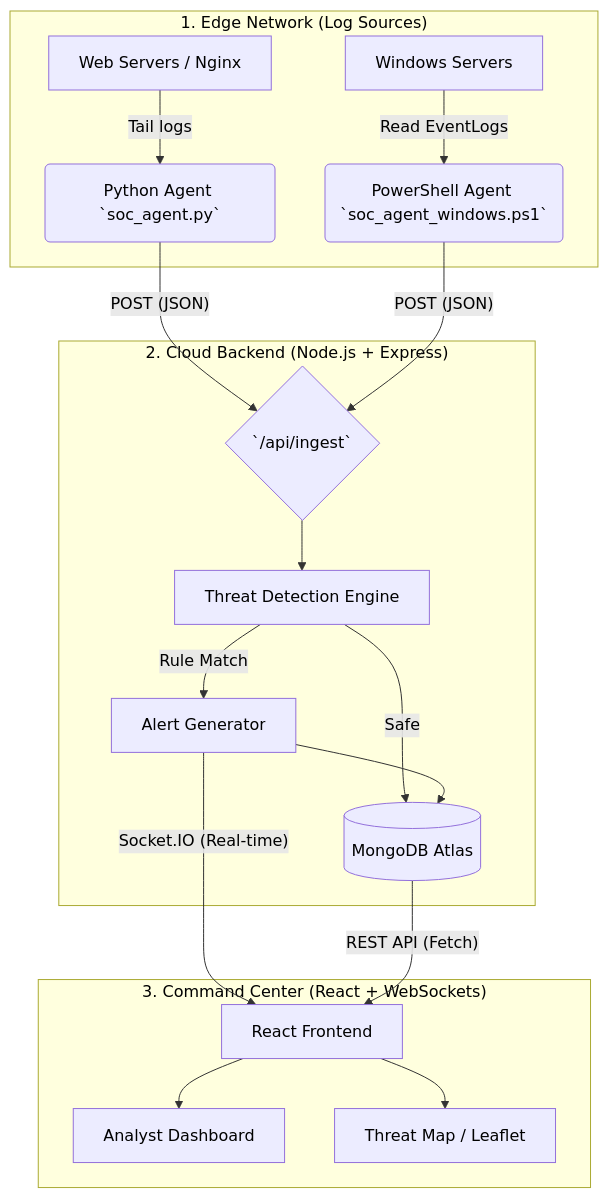
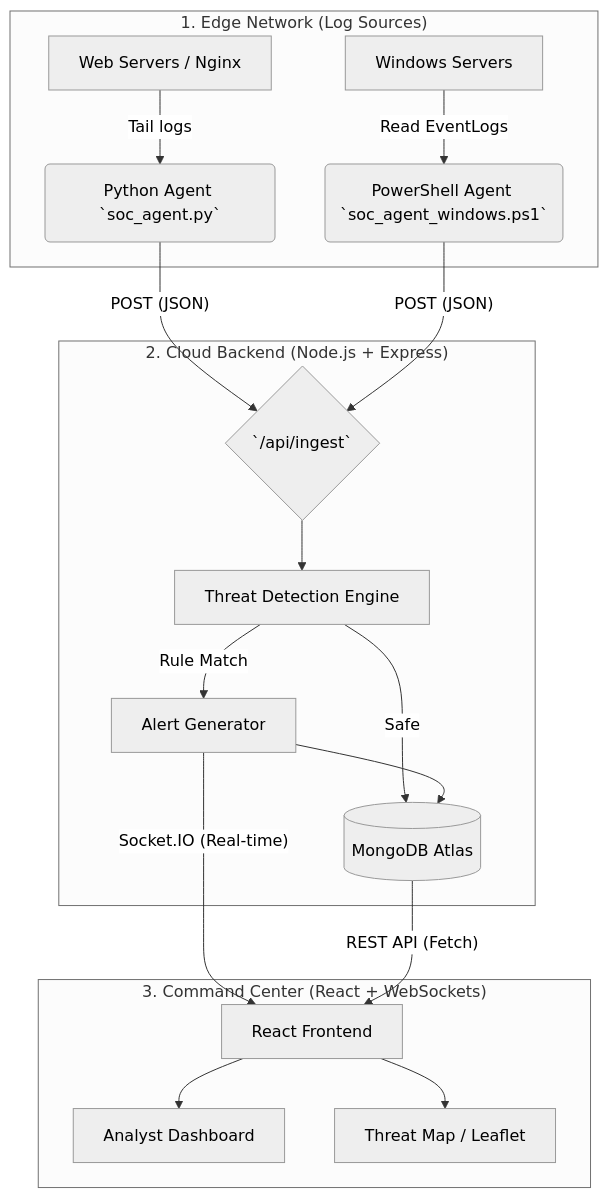
One commit to Het-2004/soc-siem-dashboard changed the first of 2 diagrams in docs/architecture.md. Above: the diagram before and after it, drawn with Mermaid. The commit also changed other lines of this file and 1 other file, not shown here.

````diff
--- a/docs/architecture.md
+++ b/docs/architecture.md
@@ -7,25 +7,25 @@
 ```mermaid
-%%{init: {'theme': 'default', 'themeVariables': { 'darkMode': false, 'background': '#ffffff', 'primaryColor': '#fcfcfc', 'secondaryColor': '#f4f4f4', 'tertiaryColor': '#efefef', 'textColor': '#000000', 'lineColor': '#333333' }}}%%
+%%{init: {'theme': 'neutral', 'themeVariables': { 'background': '#ffffff', 'primaryTextColor': '#000000', 'lineColor': '#333333'}}}%%
 graph TD
     subgraph "1. Edge Network (Log Sources)"
         A[Web Servers / Nginx] -->|Tail logs| B(Python Agent `soc_agent.py`)
         C[Windows Servers] -->|Read EventLogs| D(PowerShell Agent `soc_agent_windows.ps1`)
     end
 
     subgraph "2. Cloud Backend (Node.js + Express)"
         B -- POST (JSON) --> E{`/api/ingest`}
         D -- POST (JSON) --> E
         
         E --> F[Threat Detection Engine]
         F -->|Rule Match| G[Alert Generator]
         F -->|Safe| H[(MongoDB Atlas)]
         G --> H
     end
 
     subgraph "3. Command Center (React + WebSockets)"
         G -- Socket.IO (Real-time) --> I[React Frontend]
         H -- REST API (Fetch) --> I
         I --> J[Analyst Dashboard]
         I --> K[Threat Map / Leaflet]
     end
 ```
````
